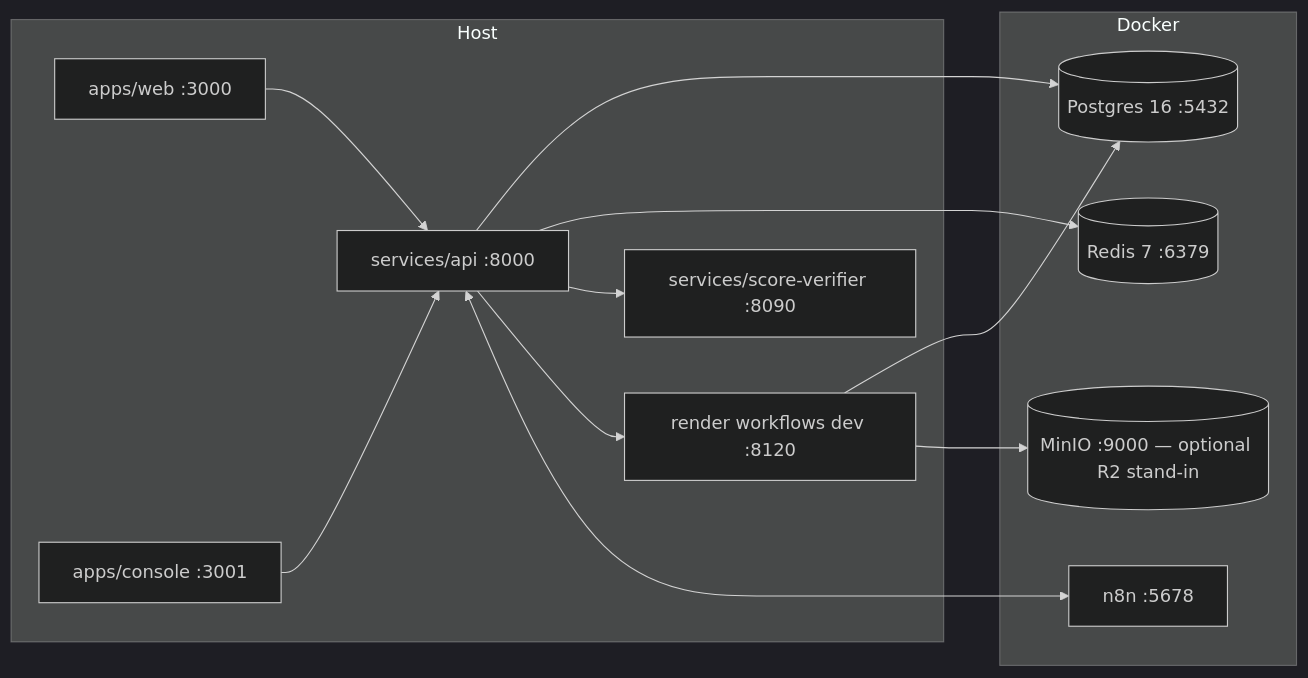
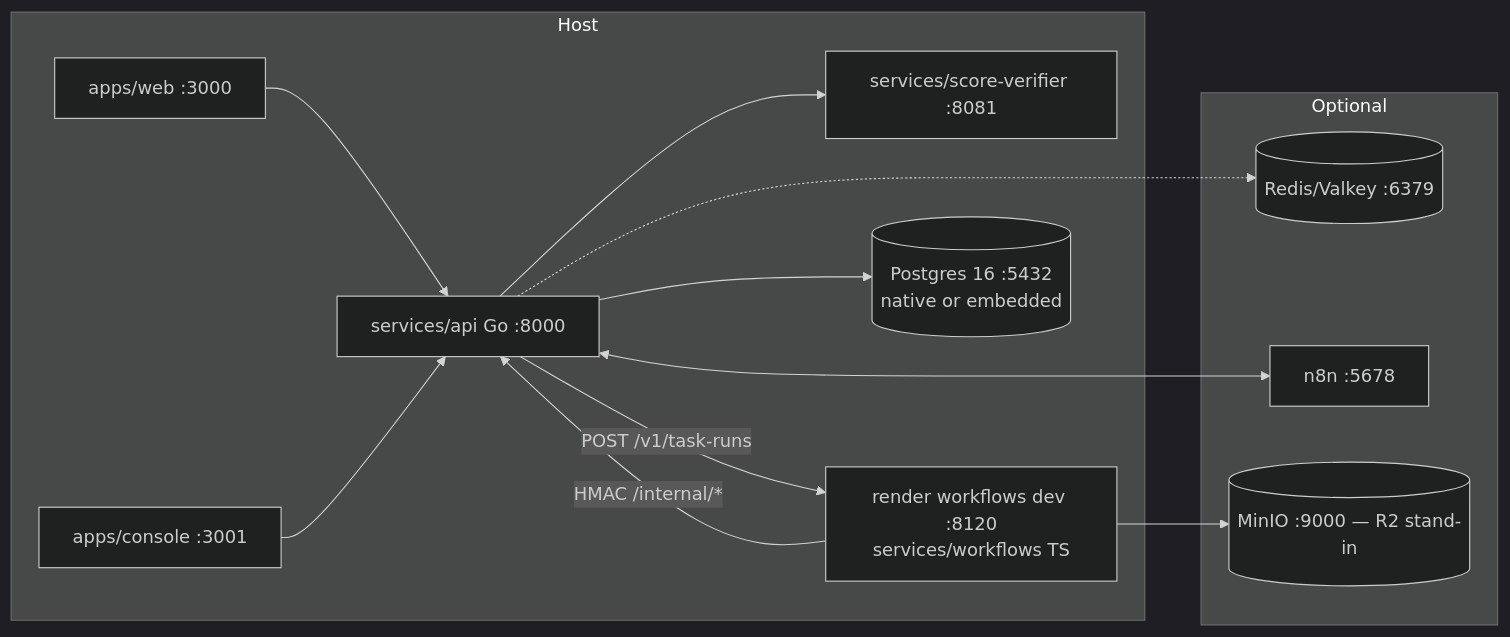
Before and after one commit to sruj08/margadarshak: the diagram in docs/03-engineering/ENVIRONMENT_SETUP.md, drawn with Mermaid (dark theme). The commit also changed other lines of this file and 1326 other files, not shown here.

````diff
--- a/docs/03-engineering/ENVIRONMENT_SETUP.md
+++ b/docs/03-engineering/ENVIRONMENT_SETUP.md
@@ -11,25 +26,25 @@
 ```mermaid
 flowchart LR
   subgraph Host
     WEB[apps/web :3000]
     CON[apps/console :3001]
-    API[services/api :8000]
-    SV[services/score-verifier :8090]
-    WF[render workflows dev :8120]
+    API[services/api Go :8000]
+    SV[services/score-verifier :8081]
+    WF[render workflows dev :8120<br/>services/workflows TS]
+    PG[(Postgres 16 :5432<br/>native or embedded)]
   end
-  subgraph Docker
-    PG[(Postgres 16 :5432)]
-    RD[(Redis 7 :6379)]
+  subgraph Optional
+    RD[(Redis/Valkey :6379)]
     N8N[n8n :5678]
-    MINIO[(MinIO :9000 — optional R2 stand-in)]
+    MINIO[(MinIO :9000 — R2 stand-in)]
   end
   WEB --> API
   CON --> API
   API --> PG
-  API --> RD
+  API -.-> RD
   API --> SV
-  API --> WF
-  WF --> PG
+  API -->|POST /v1/task-runs| WF
+  WF -->|HMAC /internal/*| API
   API <--> N8N
   WF --> MINIO
 ```
````
